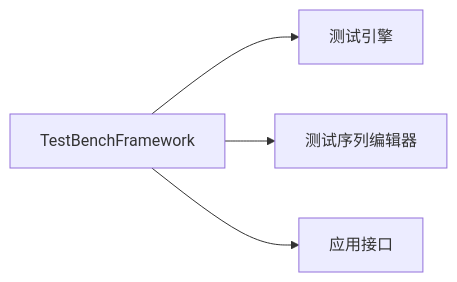
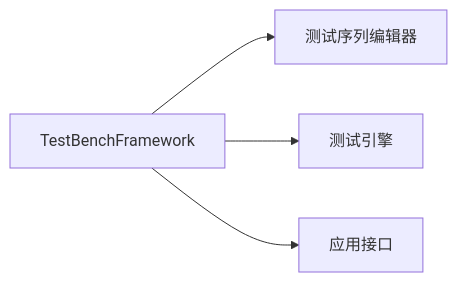
One commit to XiongXinwei-code/test-bench-framework changed the first of 2 diagrams in docs/_docs/框架概览.md. Above: the diagram before and after it, drawn with Mermaid. The commit also changed other lines of this file and 5 other files, not shown here.

````diff
--- a/docs/_docs/框架概览.md
+++ b/docs/_docs/框架概览.md
@@ -11,6 +11,6 @@
 ```mermaid
 flowchart LR
+    TestBenchFramework --> 测试序列编辑器
     TestBenchFramework --> 测试引擎
-    TestBenchFramework --> 测试序列编辑器
     TestBenchFramework --> 应用接口
 ```
````
